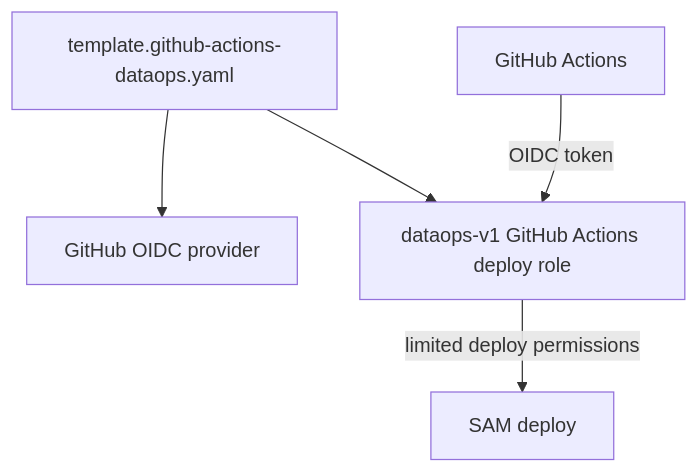
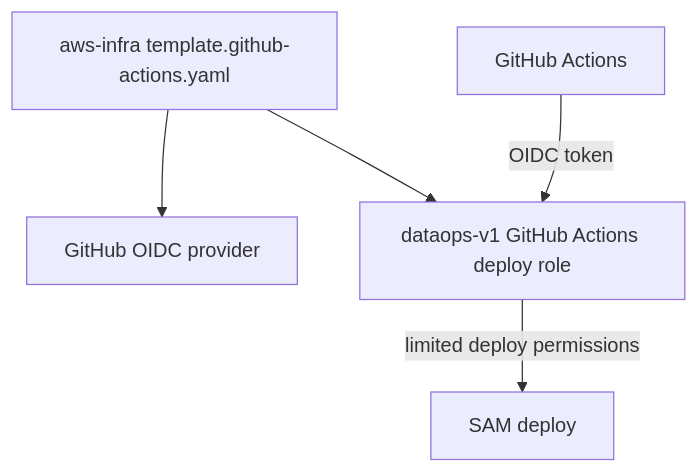
One commit to DataTalksClub/dataops changed the sixth of 6 diagrams in docs/architecture.md. Above: the diagram before and after it, drawn with Mermaid. The commit also changed other lines of this file and 7 other files, not shown here.

First line of the commit message:
Move infrastructure ownership to aws-infra

````diff
--- a/docs/architecture.md
+++ b/docs/architecture.md
@@ -172,7 +172,7 @@
 ```mermaid
 flowchart TB
-  CFN[template.github-actions-dataops.yaml] --> OIDCProvider[GitHub OIDC provider]
+  CFN[aws-infra template.github-actions.yaml] --> OIDCProvider[GitHub OIDC provider]
   CFN --> Role[dataops-v1 GitHub Actions deploy role]
   GitHubActions[GitHub Actions] -->|OIDC token| Role
   Role -->|limited deploy permissions| SAM[SAM deploy]
 ```
````
